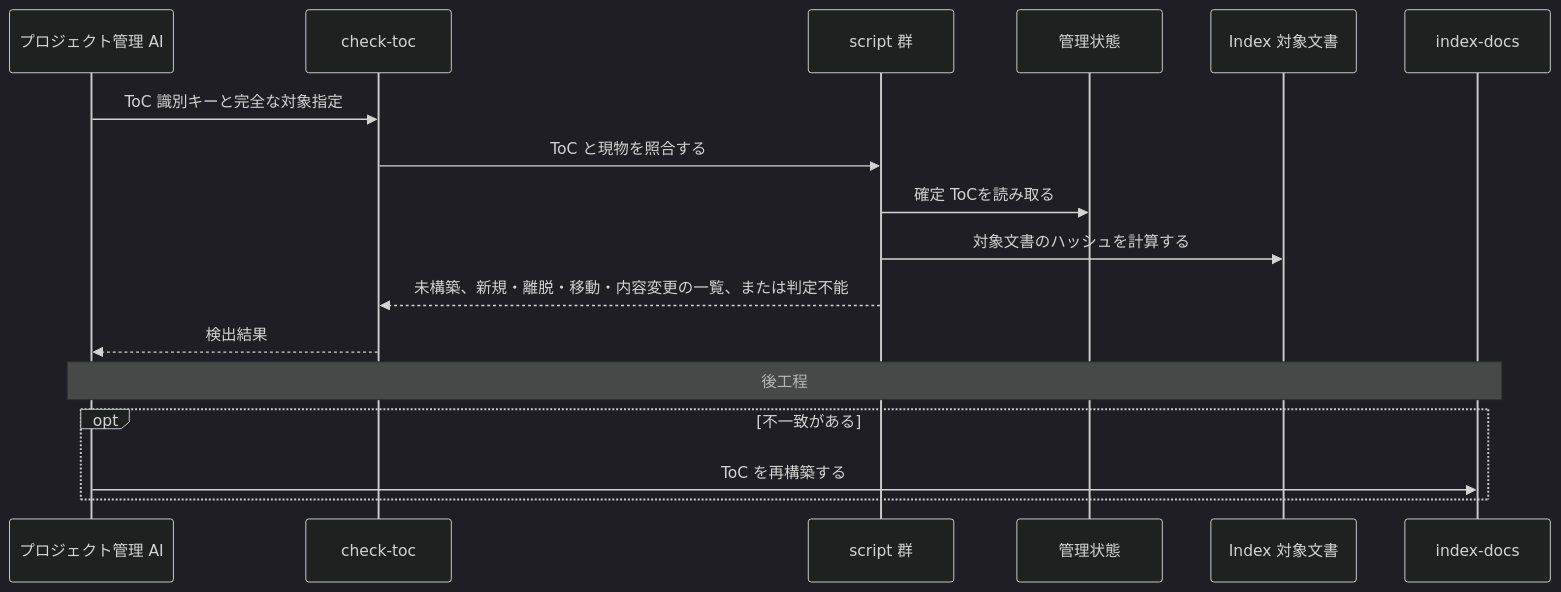
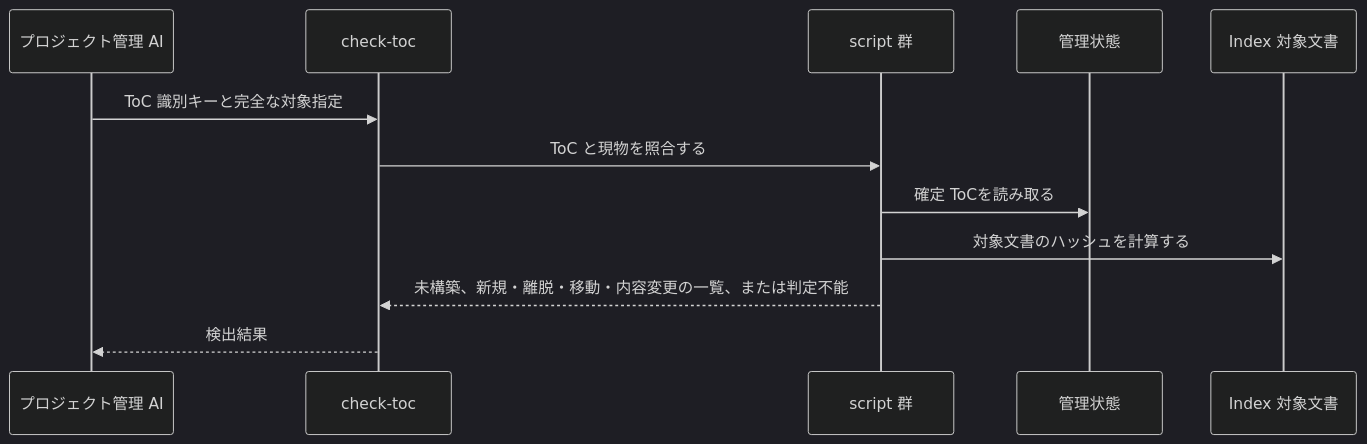
Before and after one commit to BlueEventHorizon/doc-link: the seventh of 10 diagrams in docs/specs/design/DES-010_skill-composition.md, drawn with Mermaid (dark theme). The commit also changed other lines of this file and 30 other files, not shown here.

````diff
--- a/docs/specs/design/DES-010_skill-composition.md
+++ b/docs/specs/design/DES-010_skill-composition.md
@@ -323,20 +300,15 @@
 ```mermaid
 sequenceDiagram
     participant PM as プロジェクト管理 AI
     participant Skill as check-toc
     participant Scripts as script 群
     participant State as 管理状態
     participant Docs as Index 対象文書
-    participant Index as index-docs
 
     PM->>Skill: ToC 識別キーと完全な対象指定
     Skill->>Scripts: ToC と現物を照合する
     Scripts->>State: 確定 ToCを読み取る
     Scripts->>Docs: 対象文書のハッシュを計算する
     Scripts-->>Skill: 未構築、新規・離脱・移動・内容変更の一覧、または判定不能
     Skill-->>PM: 検出結果
-    Note over PM,Index: 後工程
-    opt 不一致がある
-        PM->>Index: ToC を再構築する
-    end
 ```
````
